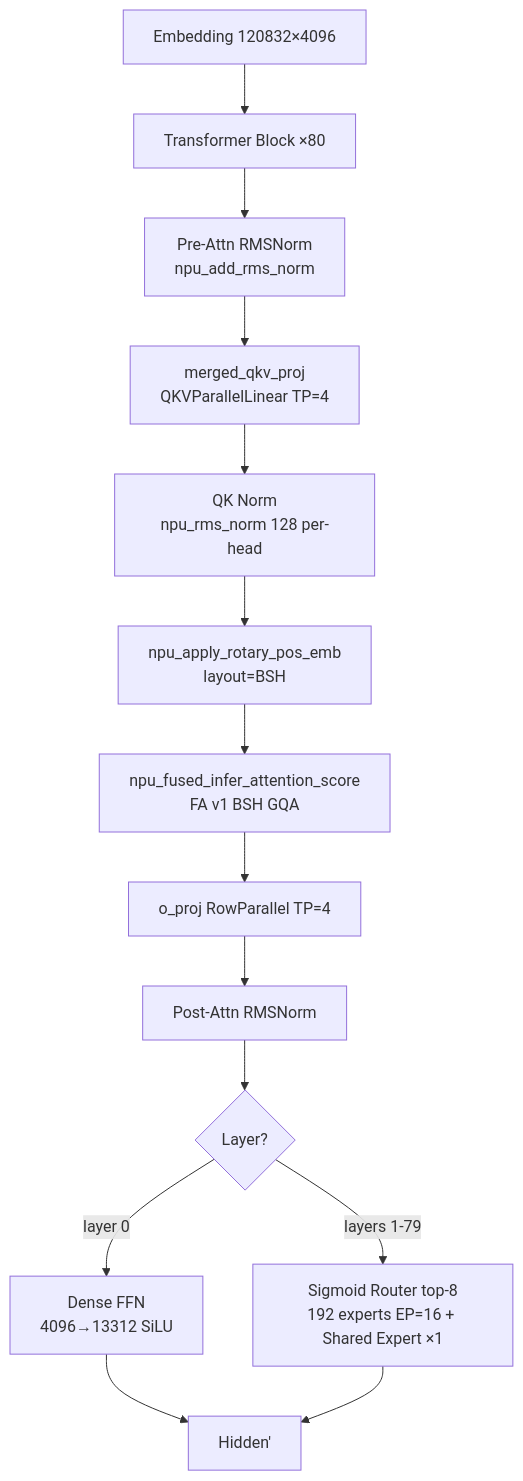
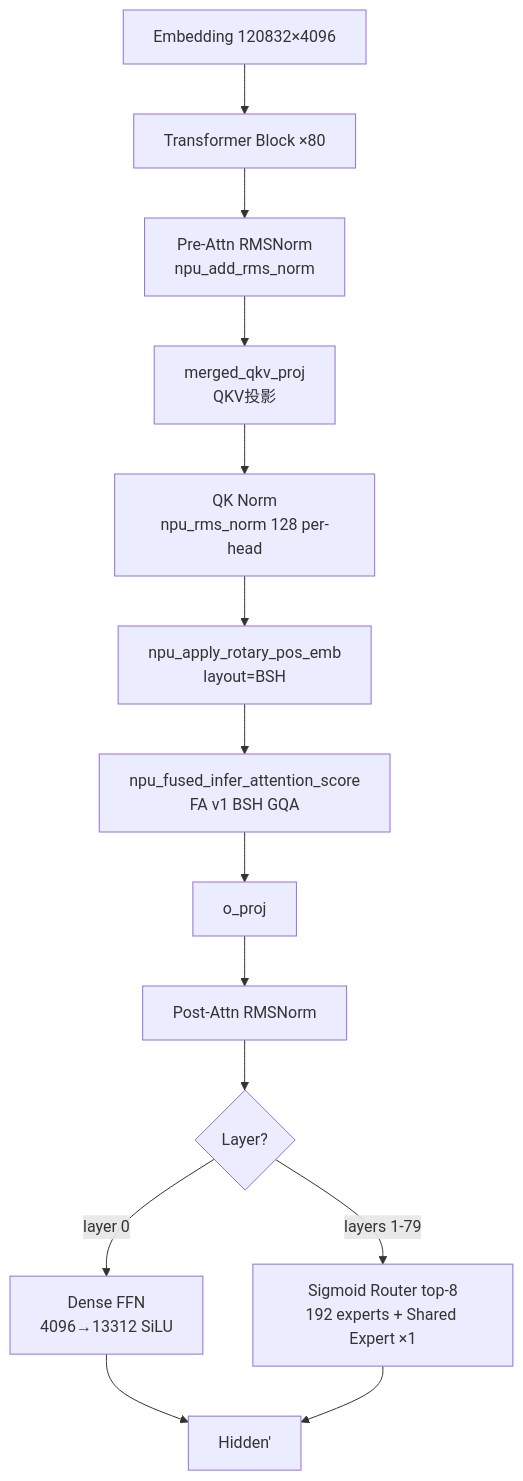
One commit to Atlas-Ascend-Fork/cannbot-knowledge changed the diagram in knowledge/model/inference/concepts/models/hy3_preview.md. Above: the diagram before and after it, drawn with Mermaid. The commit also changed other lines of this file and 503 other files, not shown here.

````diff
--- a/knowledge/model/inference/concepts/models/hy3_preview.md
+++ b/knowledge/model/inference/concepts/models/hy3_preview.md
@@ -40,16 +35,16 @@
 ```mermaid
 flowchart TD
  Emb[Embedding 120832×4096] --> L[Transformer Block ×80]
  L --> RN1[Pre-Attn RMSNorm<br/>npu_add_rms_norm]
- RN1 --> QKV[merged_qkv_proj<br/>QKVParallelLinear TP=4]
+ RN1 --> QKV[merged_qkv_proj<br/>QKV投影]
  QKV --> QKN[QK Norm<br/>npu_rms_norm 128 per-head]
  QKN --> RoPE[npu_apply_rotary_pos_emb<br/>layout=BSH]
  RoPE --> FA[npu_fused_infer_attention_score<br/>FA v1 BSH GQA]
- FA --> OP[o_proj RowParallel TP=4]
+ FA --> OP[o_proj]
  OP --> RN2[Post-Attn RMSNorm]
  RN2 --> FFN{Layer?}
  FFN -->|layer 0| Dense[Dense FFN<br/>4096→13312 SiLU]
- FFN -->|layers 1-79| MoE[Sigmoid Router top-8<br/>192 experts EP=16 + Shared Expert ×1]
+ FFN -->|layers 1-79| MoE[Sigmoid Router top-8<br/>192 experts + Shared Expert ×1]
  Dense --> Out[Hidden']
  MoE --> Out
 ```
````
